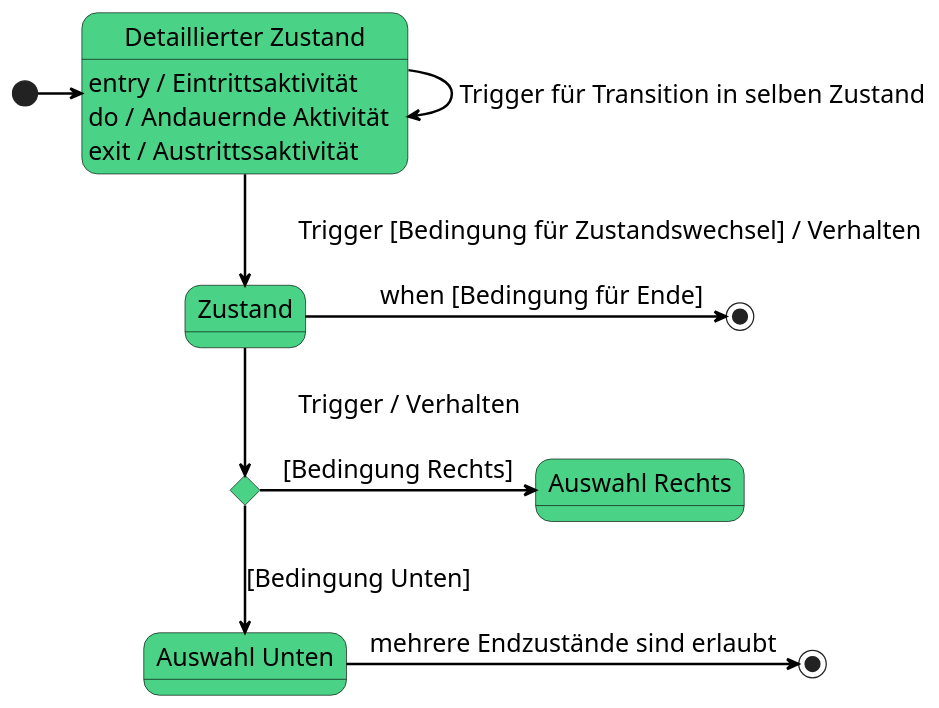
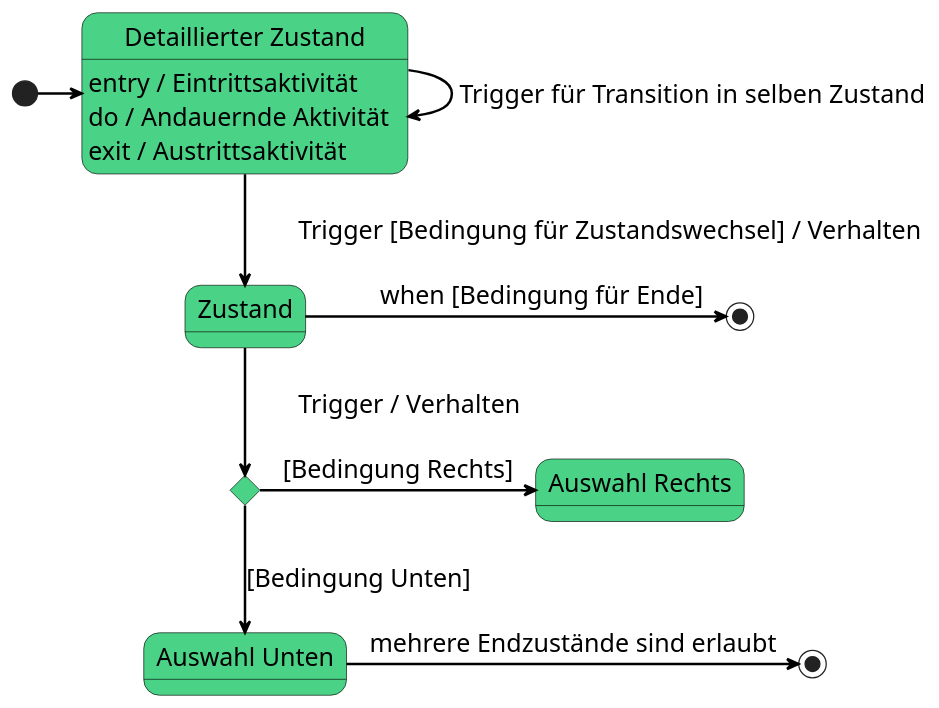
One commit to uhafner/codingstyle changed the diagram in doc/uml/state-diagram.puml. Above: the diagram before and after it, drawn with PlantUML.

```diff
--- a/doc/uml/state-diagram.puml
+++ b/doc/uml/state-diagram.puml
@@ -1,45 +1,45 @@
 @startuml
 skinparam state {
   BackgroundColor #4AD386
   BorderColor #a0a0a0
   BackgroundColor<<Main>> gold
   BorderColor black
   ArrowColor black
   ArrowThickness 2
   FontName  Arial Unicode MS
   FontSize 20
 }
 
 skinparam ArrowColor black
 skinparam ArrowThickness 2
 
 skinparam activityDiamondBackgroundColor #4AD386
 skinparam activityDiamondBorderColor black
 skinparam activityDiamondFont Arial Unicode MS
 skinparam activityArrowFontSize 20
 skinparam activityArrowFont Arial Unicode MS
 
 state "Detaillierter Zustand" as A
 state "Zustand" as B
 state "Auswahl Unten" as C
 state "Auswahl Rechts" as D
 
 state Choice <<choice>>
 state AnotherEnd <<end>>
 
 [*] -> A
 A --> A : Trigger für Transition in selben Zustand
 A: entry / Eintrittsaktivität
 A: do / Andauernde Aktivität
-A: exit / Austrittssaktivität
+A: exit / Austrittsaktivität
 
 A --> B : \tTrigger [Bedingung für Zustandswechsel] / Verhalten
 B -> [*] : \twhen [Bedingung für Ende]
 
 B --> Choice : \tTrigger / Verhalten
 
 Choice --> C : [Bedingung Unten]
 Choice -> D : [Bedingung Rechts]
 
 C -> AnotherEnd : mehrere Endzustände sind erlaubt
 @enduml
```
